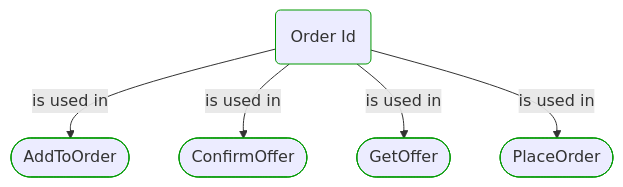
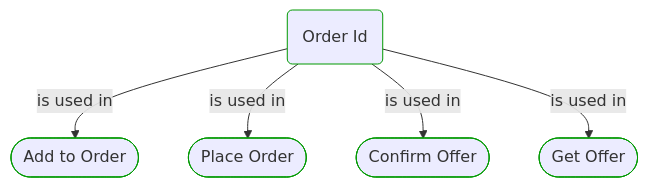
One commit to itlibrium/DDD-starter-dotnet changed the second of 2 diagrams in Docs/P3/MermaidOutput/Domain/Concepts/Sales/Orders/OrderId.md. Above: the diagram before and after it, drawn with Mermaid. The commit also changed other lines of this file and 51 other files, not shown here.

````diff
--- a/Docs/P3/MermaidOutput/Domain/Concepts/Sales/Orders/OrderId.md
+++ b/Docs/P3/MermaidOutput/Domain/Concepts/Sales/Orders/OrderId.md
@@ -59,20 +59,20 @@
 ```mermaid
   flowchart TB
     0(Order Id)
     class 0 DomainPerspective
-    1([AddToOrder])
+    1([Add to Order])
     class 1 DomainPerspective
     0-->|is used in|1
-    2([ConfirmOffer])
+    2([Place Order])
     class 2 DomainPerspective
     0-->|is used in|2
-    3([GetOffer])
+    3([Confirm Offer])
     class 3 DomainPerspective
     0-->|is used in|3
-    4([PlaceOrder])
+    4([Get Offer])
     class 4 DomainPerspective
     0-->|is used in|4
     classDef DomainPerspective stroke:#009900
     classDef TechnologyPerspective stroke:#1F41EB
     classDef PeoplePerspective stroke:#FFF014
 ```
````
